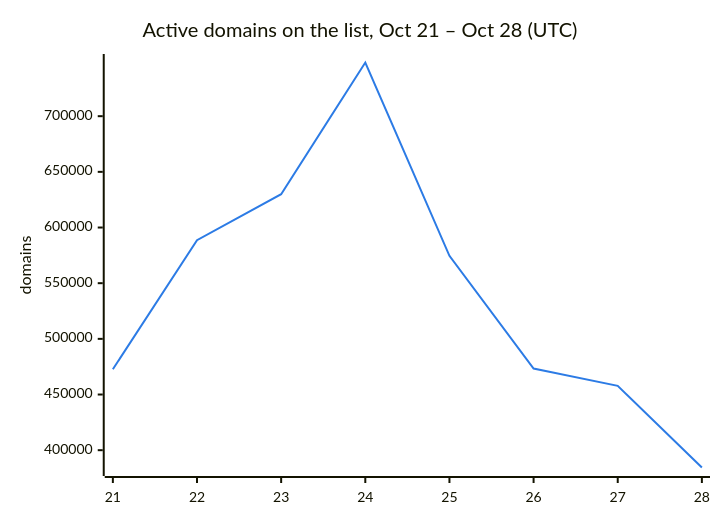
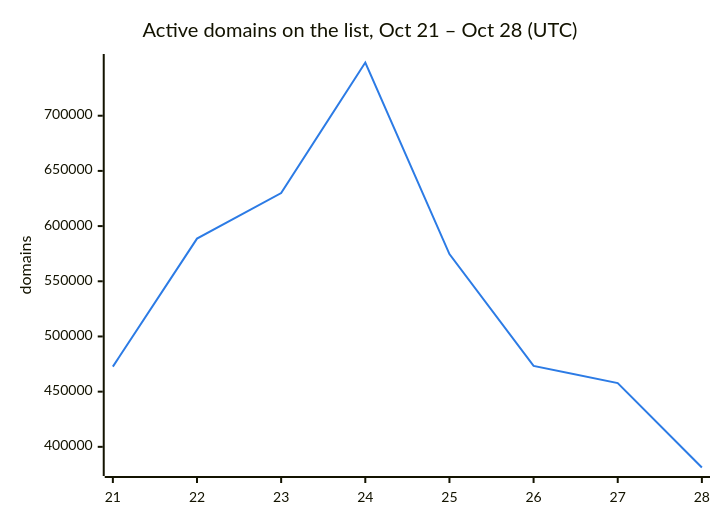
One commit to DNSBunker/CTI changed the second of 3 diagrams in README.md. Above: the diagram before and after it, drawn with Mermaid. The commit also changed other lines of this file and 3 other files, not shown here.

````diff
--- a/README.md
+++ b/README.md
@@ -38,8 +38,8 @@
 ```mermaid
 %%{init: {"themeVariables": {"xyChart": {"plotColorPalette": "#2c7be5"}}}}%%
 xychart-beta
     title "Active domains on the list, Oct 21 – Oct 28 (UTC)"
     x-axis ["21", "22", "23", "24", "25", "26", "27", "28"]
     y-axis "domains"
-    line [472713, 588659, 629951, 748222, 574614, 473331, 457795, 384451]
+    line [472713, 588659, 629951, 748222, 574614, 473331, 457795, 381276]
 ```
````
